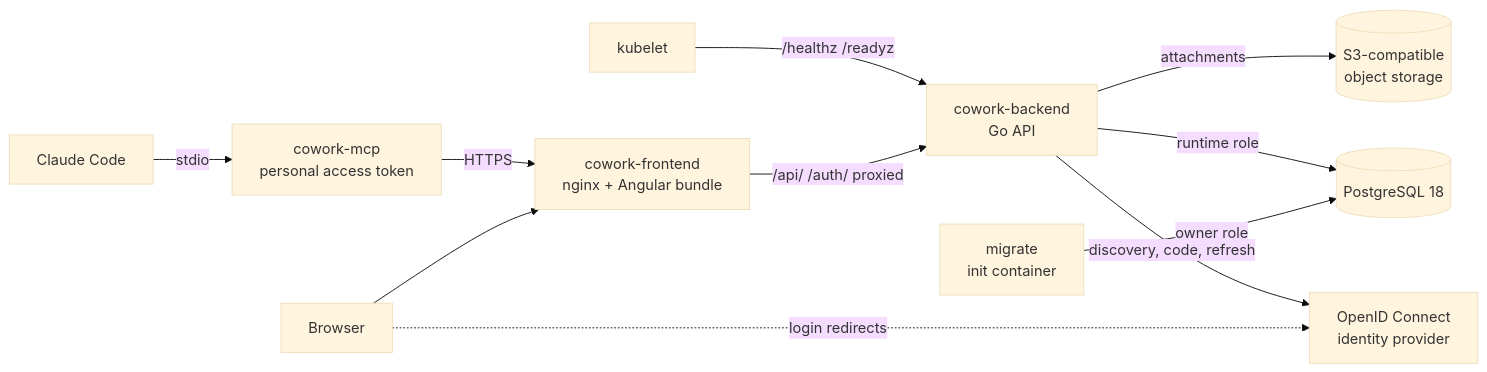
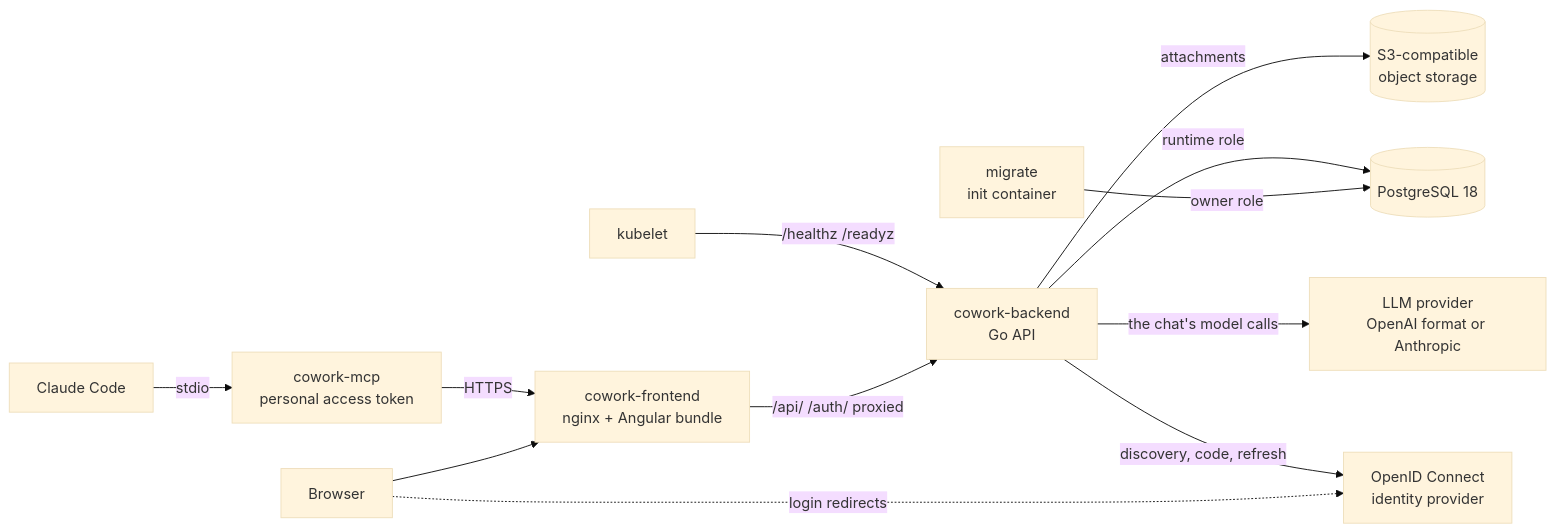
One commit to guided-traffic/cowork changed the diagram in README.md. Above: the diagram before and after it, drawn with Mermaid (base theme). The commit also changed other lines of this file and 54 other files, not shown here.

First line of the commit message:
docs: the chat in the UI, the deactivation guard and the open questions of phases 4 and 5

````diff
--- a/README.md
+++ b/README.md
@@ -28,13 +31,14 @@
 ```mermaid
 flowchart LR
   B[Browser] --> F
   B -.->|login redirects| I[OpenID Connect<br/>identity provider]
   C[Claude Code] -->|stdio| X[cowork-mcp<br/>personal access token]
   X -->|HTTPS| F
   F[cowork-frontend<br/>nginx + Angular bundle] -->|/api/ /auth/ proxied| S
   K[kubelet] -->|/healthz /readyz| S
   M[migrate<br/>init container] -->|owner role| P
   S[cowork-backend<br/>Go API] -->|runtime role| P[(PostgreSQL 18)]
   S -->|attachments| O[(S3-compatible<br/>object storage)]
   S -->|discovery, code, refresh| I
+  S -->|the chat's model calls| L[LLM provider<br/>OpenAI format or Anthropic]
 ```
````
